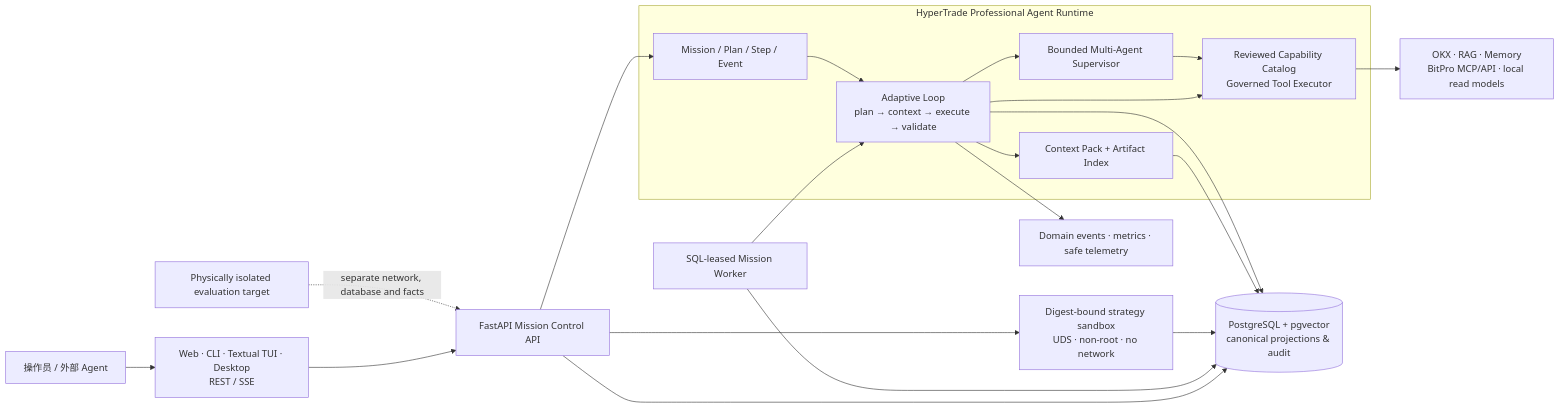
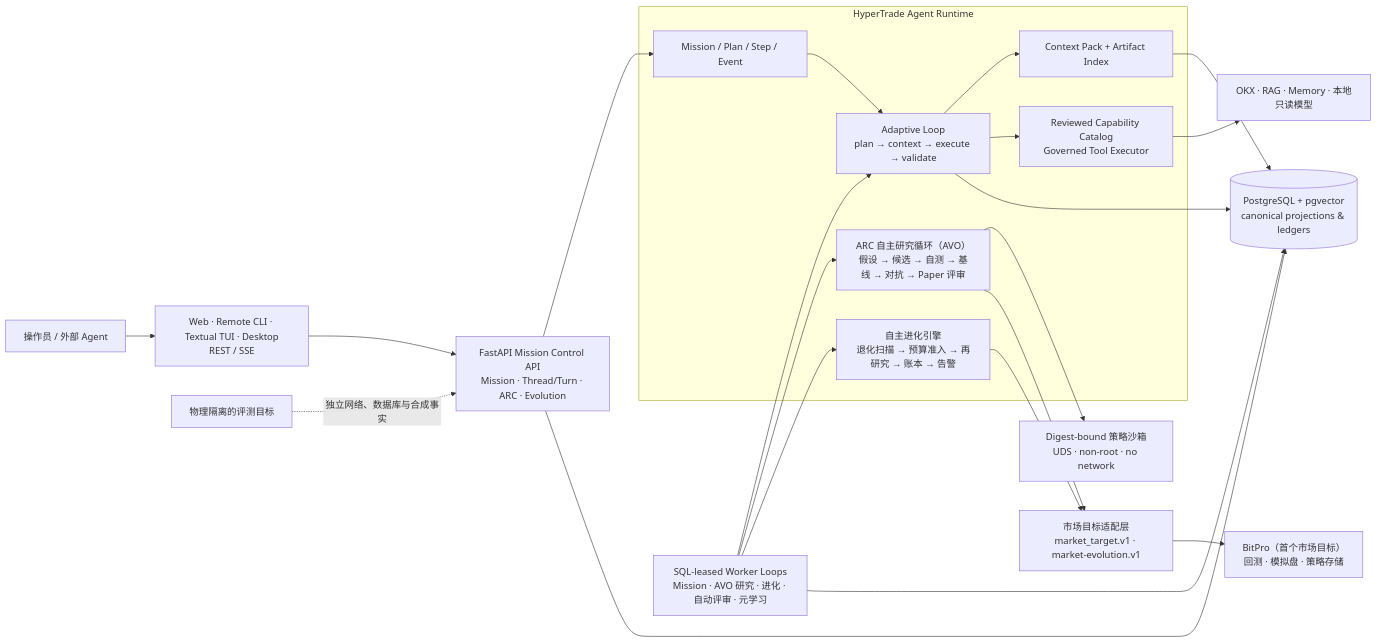
Before and after one commit to Shadowell/HyperTrade: the first of 2 diagrams in docs/architecture/33-system-architecture.md, drawn with Mermaid. The commit also changed other lines of this file and 5 other files, not shown here.

```diff
--- a/docs/architecture/33-system-architecture.md
+++ b/docs/architecture/33-system-architecture.md
@@ -47,39 +54,42 @@
 ~~~mermaid
 flowchart LR
   Operator["操作员 / 外部 Agent"]
-  Surfaces["Web · CLI · Textual TUI · Desktop<br/>REST / SSE"]
-  API["FastAPI Mission Control API"]
-  Worker["SQL-leased Mission Worker"]
+  Surfaces["Web · Remote CLI · Textual TUI · Desktop<br/>REST / SSE"]
+  API["FastAPI Mission Control API<br/>Mission · Thread/Turn · ARC · Evolution"]
+  Worker["SQL-leased Worker Loops<br/>Mission · AVO 研究 · 进化 · 自动评审 · 元学习"]
 
-  subgraph Runtime["HyperTrade Professional Agent Runtime"]
+  subgraph Runtime["HyperTrade Agent Runtime"]
     Mission["Mission / Plan / Step / Event"]
     Loop["Adaptive Loop<br/>plan → context → execute → validate"]
+    Research["ARC 自主研究循环（AVO）<br/>假设 → 候选 → 自测 → 基线 → 对抗 → Paper 评审"]
+    Evolution["自主进化引擎<br/>退化扫描 → 预算准入 → 再研究 → 账本 → 告警"]
     Catalog["Reviewed Capability Catalog<br/>Governed Tool Executor"]
     Context["Context Pack + Artifact Index"]
-    Team["Bounded Multi-Agent Supervisor"]
   end
 
-  DB[("PostgreSQL + pgvector<br/>canonical projections & audit")]
-  External["OKX · RAG · Memory<br/>BitPro MCP/API · local read models"]
-  Sandbox["Digest-bound strategy sandbox<br/>UDS · non-root · no network"]
-  Eval["Physically isolated evaluation target"]
-  Observability["Domain events · metrics · safe telemetry"]
+  Targets["市场目标适配层<br/>market_target.v1 · market-evolution.v1"]
+  DB[("PostgreSQL + pgvector<br/>canonical projections & ledgers")]
+  BitPro["BitPro（首个市场目标）<br/>回测 · 模拟盘 · 策略存储"]
+  External["OKX · RAG · Memory · 本地只读模型"]
+  Sandbox["Digest-bound 策略沙箱<br/>UDS · non-root · no network"]
+  Eval["物理隔离的评测目标"]
 
   Operator --> Surfaces --> API
   API --> Mission
   API --> DB
   Worker --> DB
   Worker --> Loop
+  Worker --> Research
+  Worker --> Evolution
   Mission --> Loop
   Loop --> Context
   Loop --> Catalog
-  Loop --> Team
   Catalog --> External
+  Research --> Sandbox
+  Research --> Targets
+  Evolution --> Targets
+  Targets --> BitPro
   Context --> DB
-  Team --> Catalog
   Loop --> DB
-  API --> Sandbox
-  Sandbox --> DB
-  Loop --> Observability
-  Eval -. separate network, database and facts .-> API
+  Eval -. 独立网络、数据库与合成事实 .-> API
 ~~~
```
